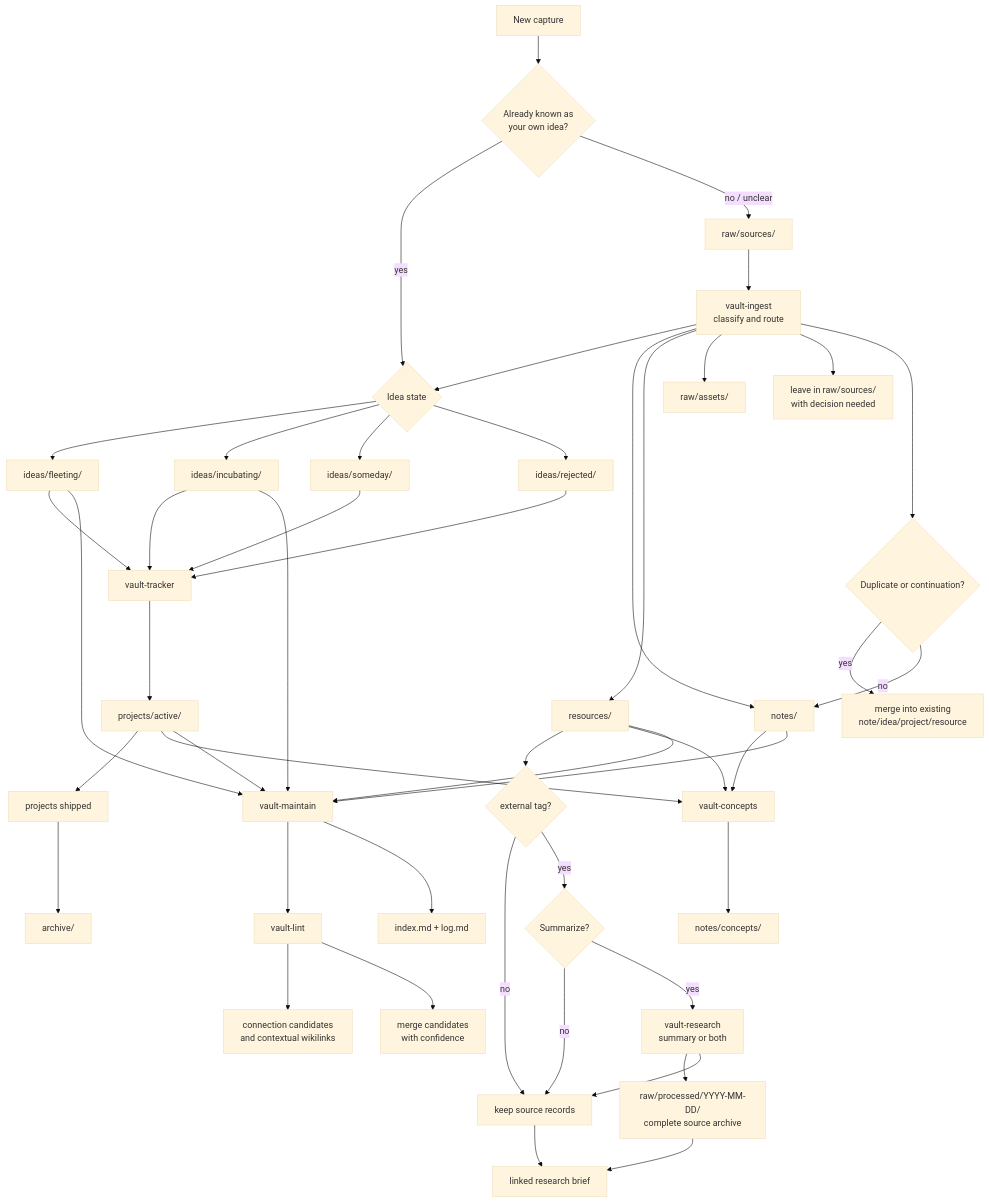
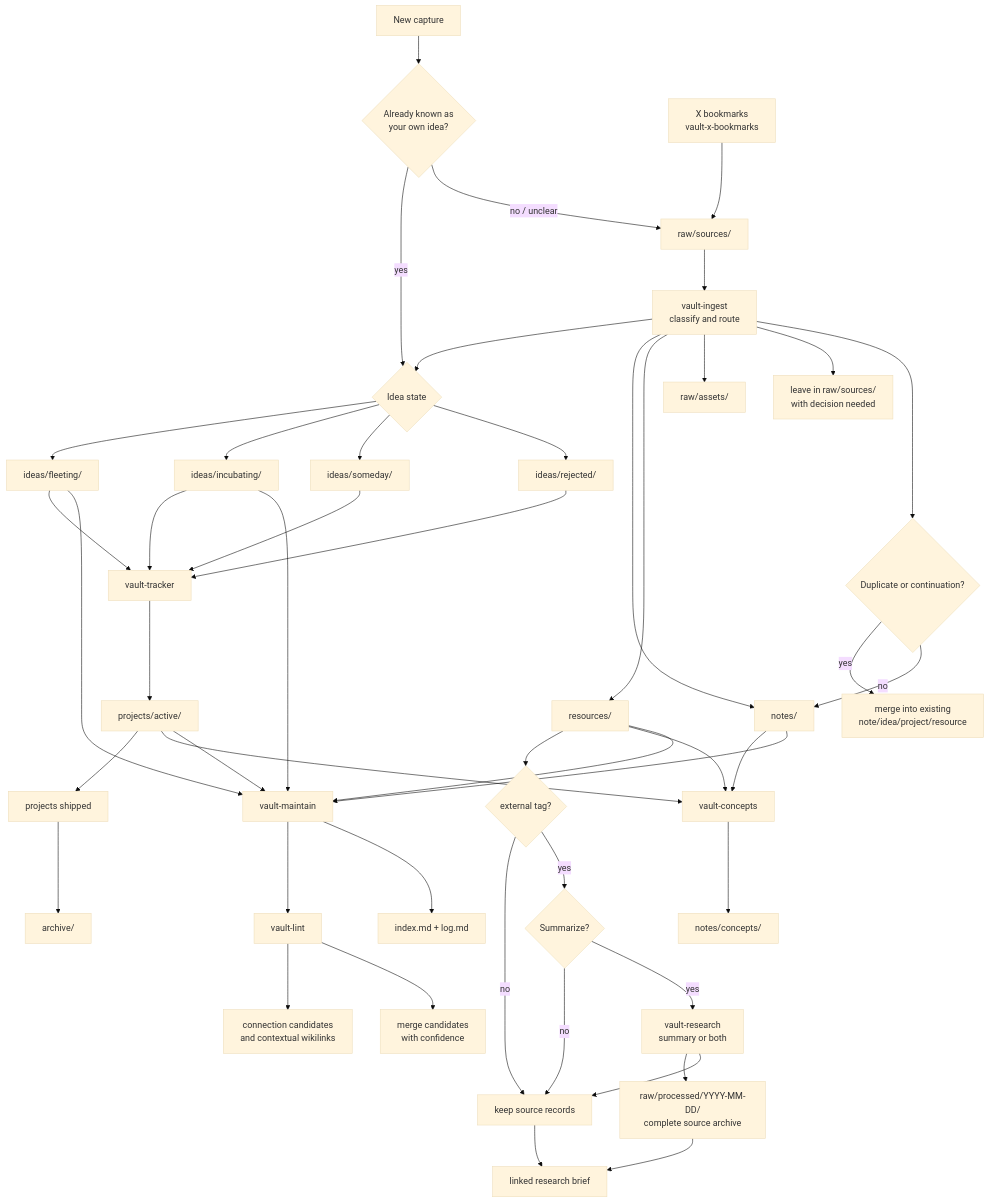
One commit to markphelps/agent-plugins changed the diagram in vault/README.md. Above: the diagram before and after it, drawn with Mermaid (base theme). The commit also changed other lines of this file and 16 other files, not shown here.

First line of the commit message:
Add vault X bookmarks capture skill (#5)

````diff
--- a/vault/README.md
+++ b/vault/README.md
@@ -27,55 +29,56 @@
 ```mermaid
 flowchart TD
   Capture[New capture] --> KnownIdea{Already known as<br/>your own idea?}
+  XBookmarks[X bookmarks<br/>vault-x-bookmarks] --> Raw
 
   KnownIdea -->|yes| IdeaState{Idea state}
   IdeaState --> Fleeting[ideas/fleeting/]
   IdeaState --> Incubating[ideas/incubating/]
   IdeaState --> Someday[ideas/someday/]
   IdeaState --> Rejected[ideas/rejected/]
 
   KnownIdea -->|no / unclear| Raw[raw/sources/]
   Raw --> Ingest[vault-ingest<br/>classify and route]
 
   Ingest --> IdeaState
   Ingest --> Notes[notes/]
   Ingest --> Resources[resources/]
   Ingest --> Assets[raw/assets/]
   Ingest --> Ambiguous[leave in raw/sources/<br/>with decision needed]
   Ingest --> Merge{Duplicate or continuation?}
   Merge -->|yes| Existing[merge into existing<br/>note/idea/project/resource]
   Merge -->|no| Notes
 
   Resources --> ExternalTag{external tag?}
   ExternalTag -->|no| SourceRecords[keep source records]
   ExternalTag -->|yes| Research{Summarize?}
   Research -->|no| SourceRecords
   Research -->|yes| ResearchSkill[vault-research<br/>summary or both]
   ResearchSkill --> Processed[raw/processed/YYYY-MM-DD/<br/>complete source archive]
   ResearchSkill --> SourceRecords
   Processed --> Brief[linked research brief]
   SourceRecords --> Brief
 
   Incubating --> Tracker[vault-tracker]
   Fleeting --> Tracker
   Someday --> Tracker
   Rejected --> Tracker
   Tracker --> Active[projects/active/]
   Active --> Shipped[projects shipped]
   Shipped --> Archive[archive/]
 
   Notes --> Concepts[vault-concepts]
   Resources --> Concepts
   Active --> Concepts
   Concepts --> ConceptPages[notes/concepts/]
 
   Notes --> Maintain[vault-maintain]
   Resources --> Maintain
   Active --> Maintain
   Fleeting --> Maintain
   Incubating --> Maintain
   Maintain --> Lint[vault-lint]
   Lint --> GraphLinks[connection candidates<br/>and contextual wikilinks]
   Lint --> MergePlan[merge candidates<br/>with confidence]
   Maintain --> IndexLog[index.md + log.md]
 ```
````
